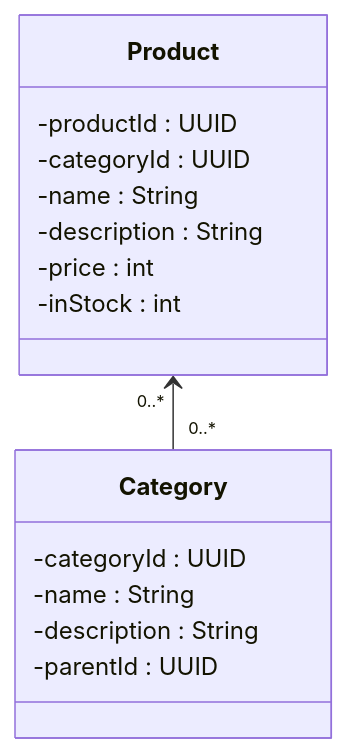
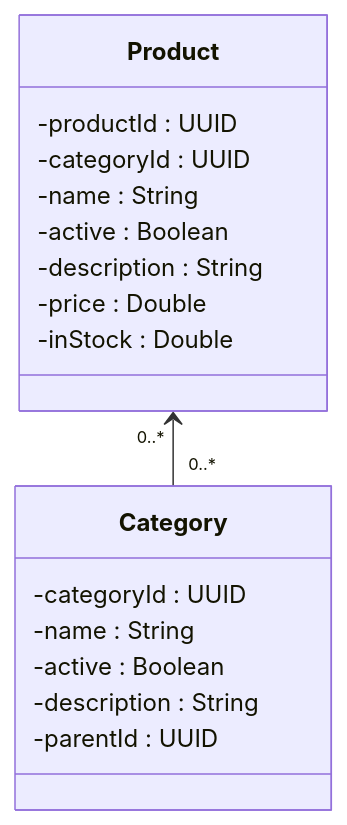
One commit to fruzsina-banyai/webshop changed the third of 6 diagrams in documentation/product_catalog/product_catalog.md. Above: the diagram before and after it, drawn with Mermaid. The commit also changed other lines of this file and 1 other file, not shown here.

````diff
--- a/documentation/product_catalog/product_catalog.md
+++ b/documentation/product_catalog/product_catalog.md
@@ -19,18 +19,20 @@
 ```mermaid
 classDiagram
   Product "0..*" <-- "0..*" Category
   class Product {
     -productId : UUID
     -categoryId : UUID
     -name : String
+    -active : Boolean
     -description : String
-    -price : int
-    -inStock : int
+    -price : Double
+    -inStock : Double
   }
   class Category {
     -categoryId : UUID
     -name : String
+    -active : Boolean
     -description : String
     -parentId : UUID
   }
 ```
````
